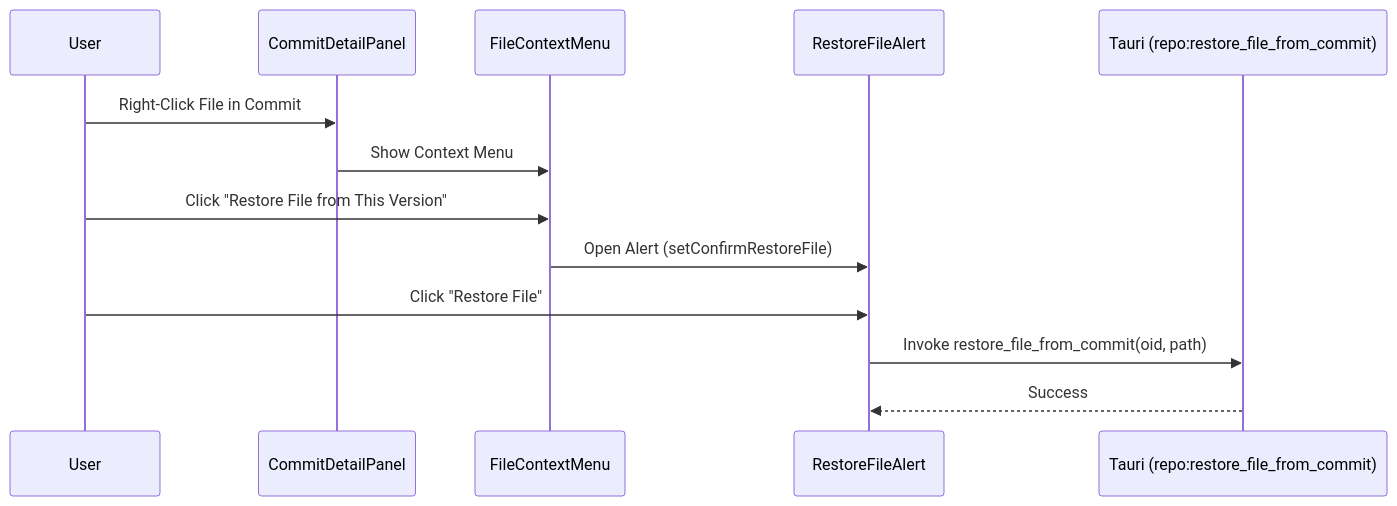
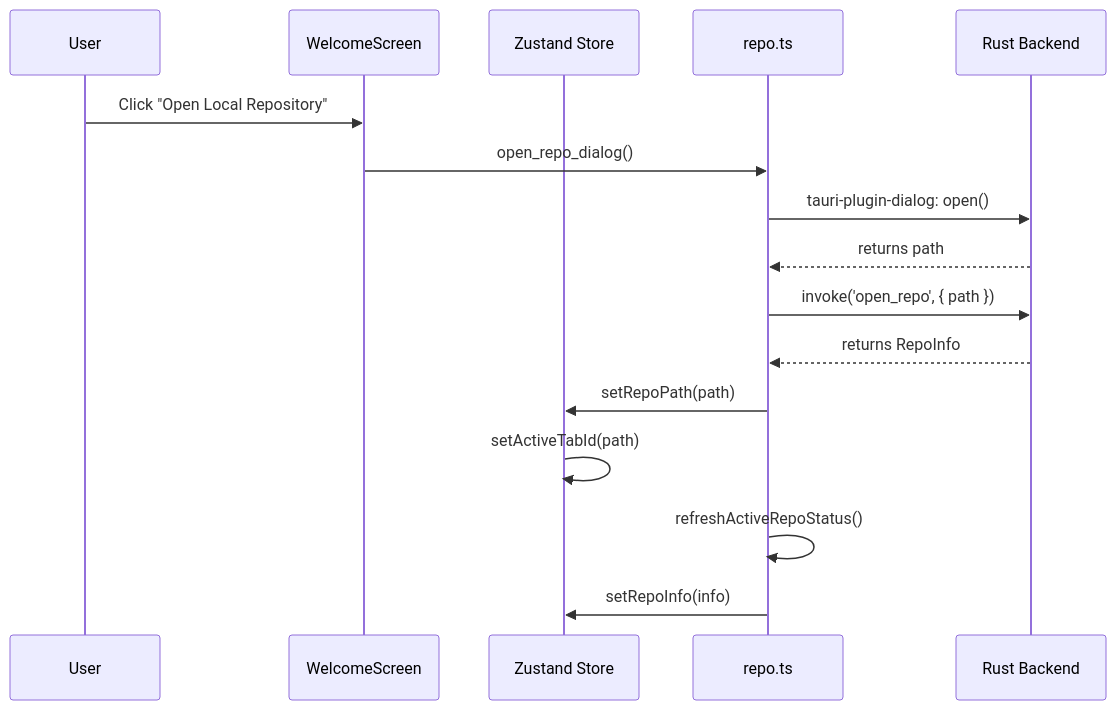
Before and after one commit to TrungHieu0107/git-helper: the first of 4 diagrams in docs/user_flow.md, drawn with Mermaid. The commit also changed other lines of this file and 4 other files, not shown here.

Commit message:
docs: Comprehensive documentation updates for v3.1.0 architecture and features

````diff
--- a/docs/user_flow.md
+++ b/docs/user_flow.md
@@ -33,16 +10,19 @@
 ```mermaid
 sequenceDiagram
-    participant U as User
-    participant C as CommitDetailPanel
-    participant M as FileContextMenu
-    participant A as RestoreFileAlert
-    participant T as Tauri (repo:restore_file_from_commit)
+    participant User
+    participant Welcome as WelcomeScreen
+    participant Store as Zustand Store
+    participant Repo as repo.ts
+    participant Backend as Rust Backend
 
-    U->>C: Right-Click File in Commit
-    C->>M: Show Context Menu
-    U->>M: Click "Restore File from This Version"
-    M->>A: Open Alert (setConfirmRestoreFile)
-    U->>A: Click "Restore File"
-    A->>T: Invoke restore_file_from_commit(oid, path)
-    T-->>A: Success
+    User->>Welcome: Click "Open Local Repository"
+    Welcome->>Repo: open_repo_dialog()
+    Repo->>Backend: tauri-plugin-dialog: open()
+    Backend-->>Repo: returns path
+    Repo->>Backend: invoke('open_repo', { path })
+    Backend-->>Repo: returns RepoInfo
+    Repo->>Store: setRepoPath(path)
+    Store->>Store: setActiveTabId(path)
+    Repo->>Repo: refreshActiveRepoStatus()
+    Repo->>Store: setRepoInfo(info)
 ```
````
